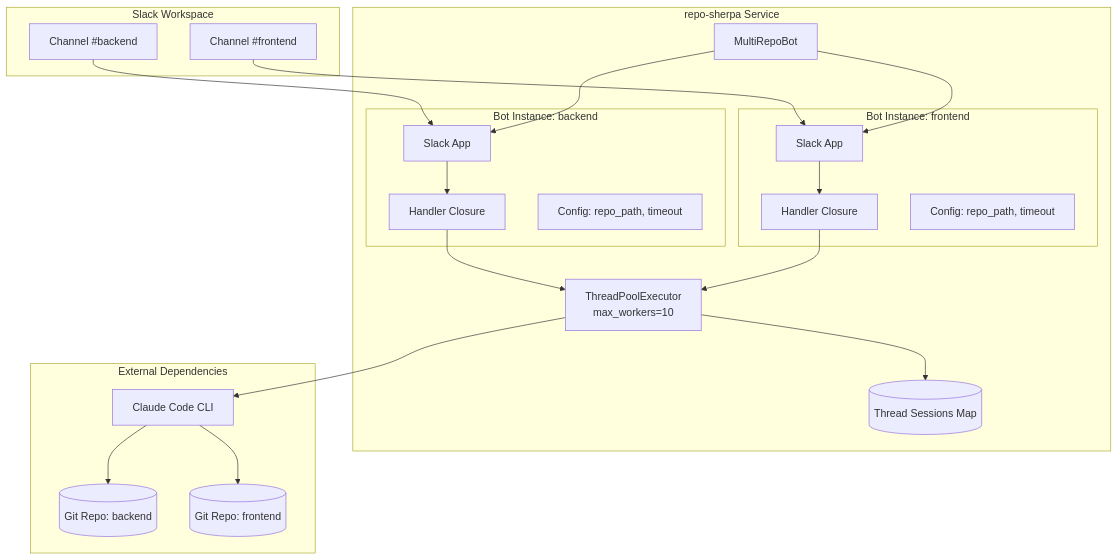
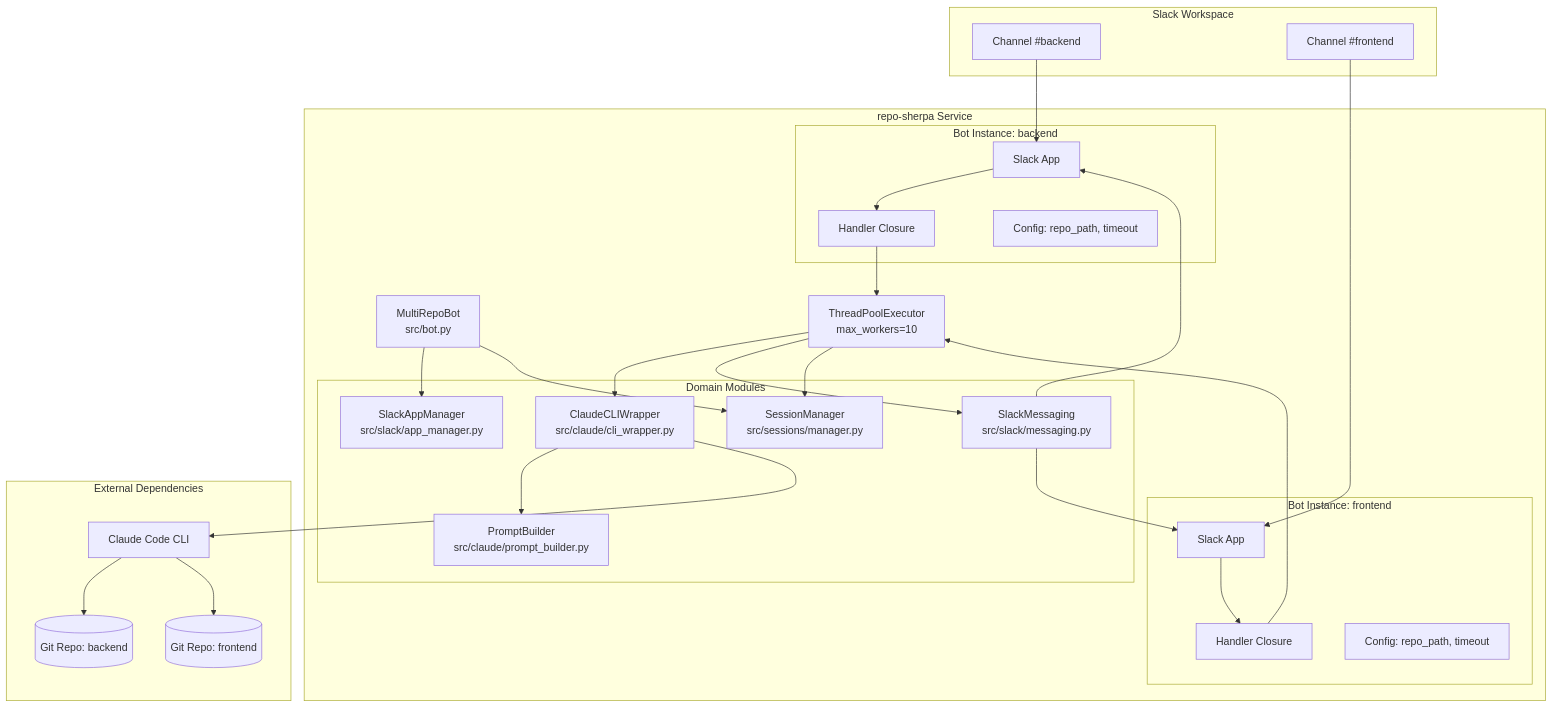
Before and after one commit to edmundlam/repo-sherpa: the first of 10 diagrams in docs/architecture.md, drawn with Mermaid. The commit also changed other lines of this file and 22 other files, not shown here.

````diff
--- a/docs/architecture.md
+++ b/docs/architecture.md
@@ -11,45 +11,59 @@
 ```mermaid
 graph TB
     subgraph "Slack Workspace"
         CH1[Channel #backend]
         CH2[Channel #frontend]
     end
 
     subgraph "repo-sherpa Service"
-        MB[MultiRepoBot]
+        MB[MultiRepoBot<br/>src/bot.py]
 
         subgraph "Bot Instance: backend"
             APP1[Slack App]
             H1[Handler Closure]
             CFG1[Config: repo_path, timeout]
         end
 
         subgraph "Bot Instance: frontend"
             APP2[Slack App]
             H2[Handler Closure]
             CFG2[Config: repo_path, timeout]
         end
 
+        subgraph "Domain Modules"
+            AM[SlackAppManager<br/>src/slack/app_manager.py]
+            SM[SlackMessaging<br/>src/slack/messaging.py]
+            CW[ClaudeCLIWrapper<br/>src/claude/cli_wrapper.py]
+            PB[PromptBuilder<br/>src/claude/prompt_builder.py]
+            SS[SessionManager<br/>src/sessions/manager.py]
+        end
+
         EXEC[ThreadPoolExecutor<br/>max_workers=10]
-        SESSIONS[(Thread Sessions Map)]
     end
 
     subgraph "External Dependencies"
         CLAUDE[Claude Code CLI]
         REPO1[(Git Repo: backend)]
         REPO2[(Git Repo: frontend)]
     end
 
     CH1 --> APP1
     CH2 --> APP2
     APP1 --> H1
     APP2 --> H2
     H1 --> EXEC
     H2 --> EXEC
-    EXEC --> CLAUDE
+
+    MB --> AM
+    MB --> SS
+    EXEC --> CW
+    EXEC --> SM
+    CW --> PB
+    EXEC --> SS
+
+    CW --> CLAUDE
     CLAUDE --> REPO1
     CLAUDE --> REPO2
-    EXEC --> SESSIONS
-    MB --> APP1
-    MB --> APP2
+    SM --> APP1
+    SM --> APP2
 ```
````
